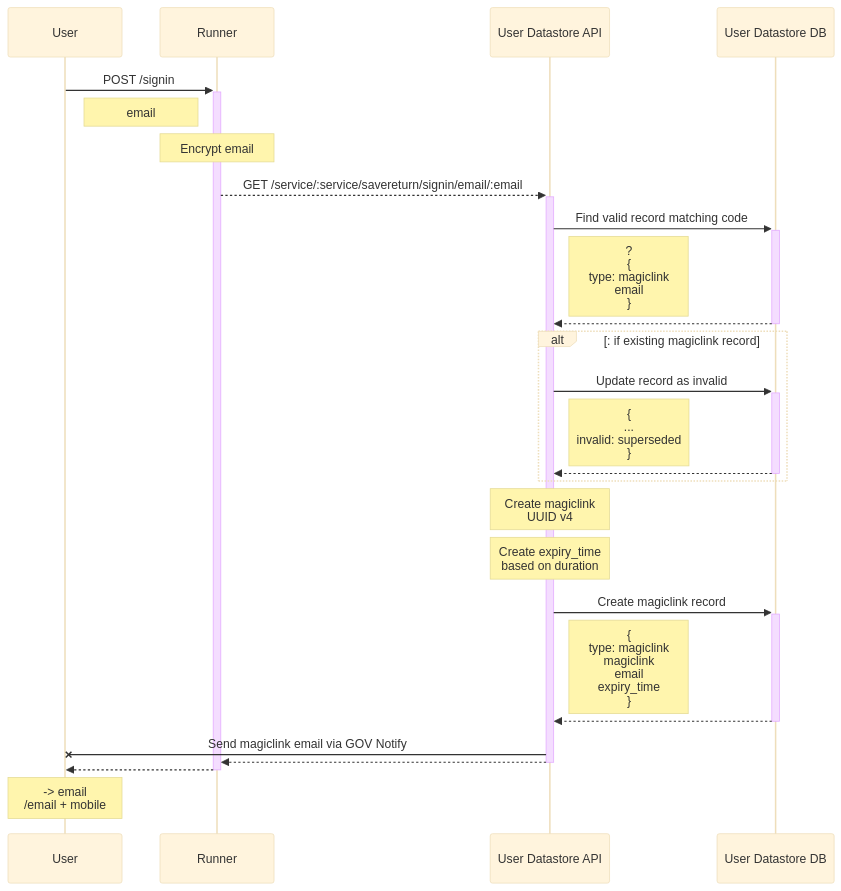
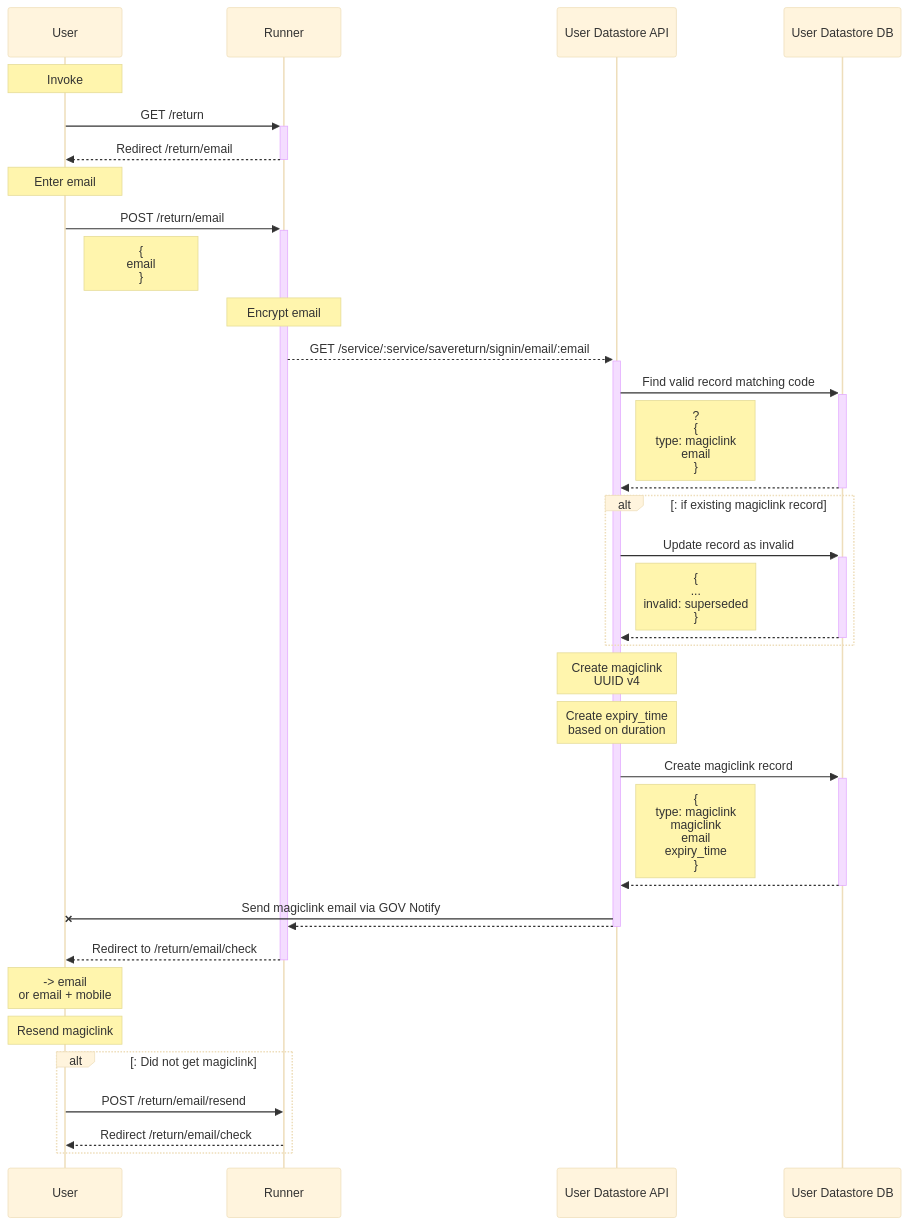
Before and after one commit to ministryofjustice/form-builder: the diagram in documentation/save-and-return/images/save-return--signin-start.mmd, drawn with Mermaid (base theme). The commit also changed 30 other files, not shown here.

Commit message:
Updated with correct urls and full flow

```diff
--- a/documentation/save-and-return/images/save-return--signin-start.mmd
+++ b/documentation/save-and-return/images/save-return--signin-start.mmd
@@ -1,51 +1,69 @@
 sequenceDiagram
 
 participant U as User
 
 participant R as Runner
 
 participant DS as User Datastore API
 
 participant DB as User Datastore DB
 
-U->>+R: POST /signin
+Note over U: Invoke
 
-Note right of U: email
+U->>+R: GET /return
+
+R-->>-U: Redirect /return/email
+
+Note over U: Enter email
+
+U->>+R: POST /return/email
+
+Note right of U: {<br>email<br>}
 
 Note over R: Encrypt email
 
 R-->>+DS: GET /service/:service/savereturn/signin/email/:email
 
 DS->>+DB: Find valid record matching code 
 
 Note right of DS: ?<br>{<br>type: magiclink<br>email<br>}
 
 DB-->>-DS: 
 
 alt: if existing magiclink record
 
 DS->>+DB: Update record as invalid 
 
 Note right of DS: {<br>...<br>invalid: superseded<br>}
 
 DB-->>-DS: 
 
 end
 
 Note over DS: Create  magiclink<br>UUID v4
 
 Note over DS: Create expiry_time<br>based on duration
 
 DS->>+DB: Create magiclink record 
 
 Note right of DS: { <br>type: magiclink<br>magiclink<br>email<br>expiry_time<br> }
 
 DB-->>-DS: 
 
 DS-XU: Send magiclink email via GOV Notify 
 
 DS-->>-R:  
 
-R-->>-U:  
+R-->>-U:  Redirect to /return/email/check
 
-Note over U: -> email<br>/email + mobile
+Note over U: -> email<br> or email + mobile
+
+Note over U: Resend magiclink
+
+alt: Did not get magiclink
+
+U->>R: POST /return/email/resend
+
+R-->>U: Redirect /return/email/check
+
+end
```
